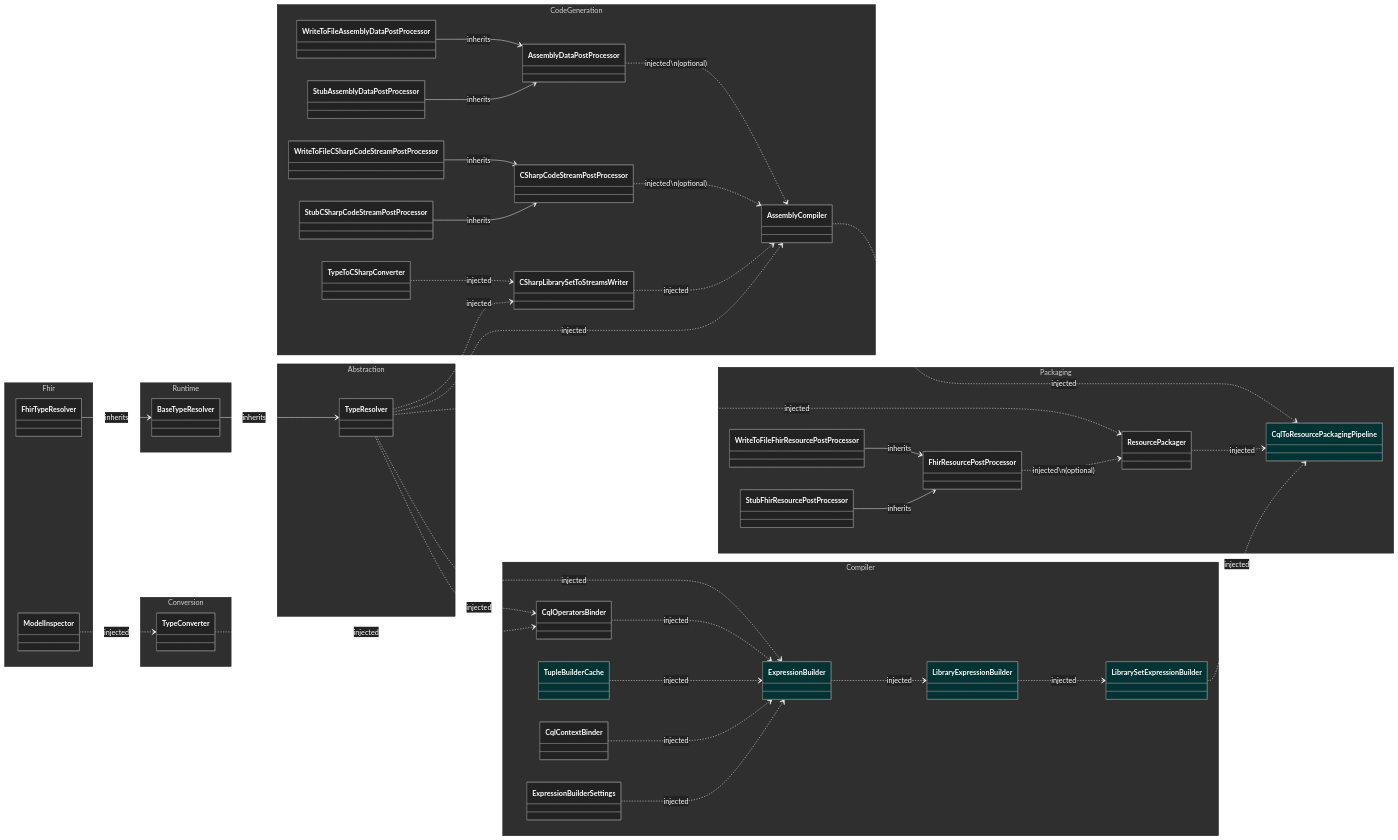
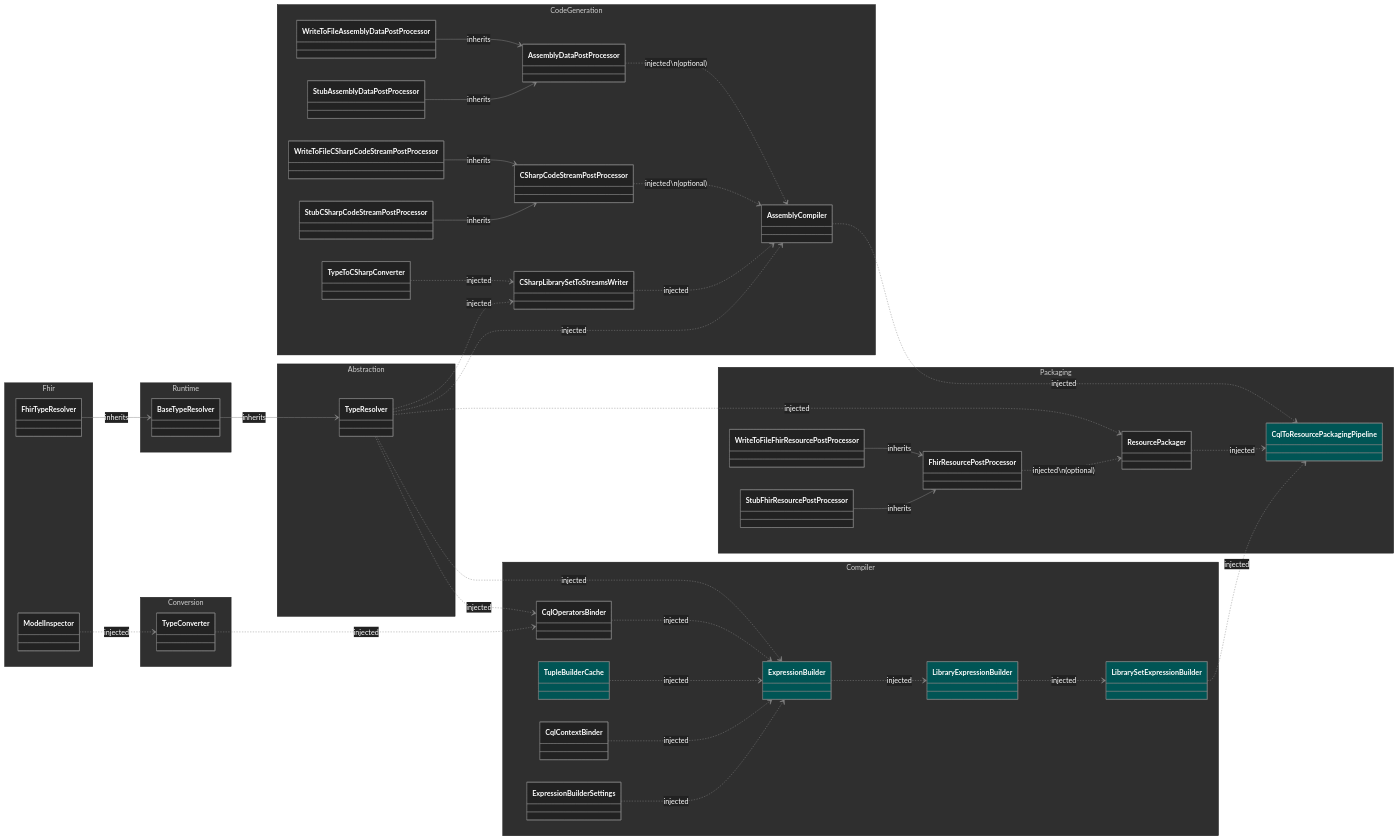
One commit to FirelyTeam/firely-cql-sdk changed the diagram in docs/packager-cli-dependency-graph.md. Above: the diagram before and after it, drawn with Mermaid.

Commit message:
Get diagram theme to be visible on dark or light background

```diff
--- a/docs/packager-cli-dependency-graph.md
+++ b/docs/packager-cli-dependency-graph.md
@@ -16,7 +16,7 @@
       'primaryColor': '#222',
       'primaryTextColor': '#fff',
       'primaryBorderColor': 'gray',
-      'lineColor': 'white'
+      'lineColor': '#888'
 }}}%%
 
 classDiagram
@@ -72,11 +72,11 @@
 
     %% Style Scoped Types as Cyan
 
-    style LibrarySetExpressionBuilder fill:#033
-    style LibraryExpressionBuilder fill:#033
-    style ExpressionBuilder fill:#033
-    style TupleBuilderCache fill:#033
-    style CqlToResourcePackagingPipeline fill:#033
+    style LibrarySetExpressionBuilder fill:#055
+    style LibraryExpressionBuilder fill:#055
+    style ExpressionBuilder fill:#055
+    style TupleBuilderCache fill:#055
+    style CqlToResourcePackagingPipeline fill:#055
 
     %% Inheritance  
 
```
